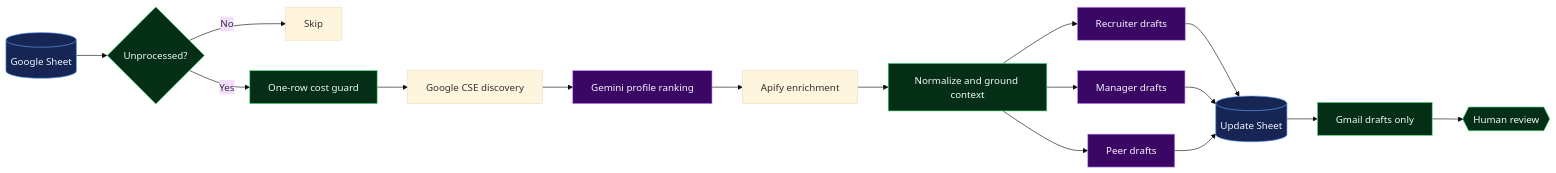
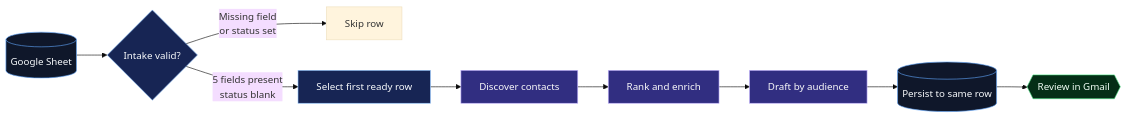
Before and after one commit to VikramKavuri/job-outreach-ops: the diagram in README.md, drawn with Mermaid (base theme). The commit also changed other lines of this file and 12 other files, not shown here.

````diff
--- a/README.md
+++ b/README.md
@@ -20,25 +26,21 @@
 ```mermaid
 flowchart LR
-    A[(Google Sheet)] --> B{Unprocessed?}
-    B -- No --> Z[Skip]
-    B -- Yes --> C[One-row cost guard]
-    C --> D[Google CSE discovery]
-    D --> E[Gemini profile ranking]
-    E --> F[Apify enrichment]
-    F --> G[Normalize and ground context]
-    G --> R[Recruiter drafts]
-    G --> M[Manager drafts]
-    G --> P[Peer drafts]
-    R --> H[(Update Sheet)]
-    M --> H
-    P --> H
-    H --> I[Gmail drafts only]
-    I --> J{{Human review}}
+    A[(Google Sheet)] --> B{Intake valid?}
+    B -- Missing field<br/>or status set --> X[Skip row]
+    B -- 5 fields present<br/>status blank --> C[Select first ready row]
+    C --> D[Discover contacts]
+    D --> E[Rank and enrich]
+    E --> F[Draft by audience]
+    F --> G[(Persist to same row)]
+    G --> H{{Review in Gmail}}
 
-    classDef source fill:#172554,stroke:#60a5fa,color:#eff6ff
-    classDef ai fill:#3b0764,stroke:#c084fc,color:#faf5ff
-    classDef safety fill:#052e16,stroke:#4ade80,color:#f0fdf4
-    class A,H source
-    class E,R,M,P ai
-    class B,C,G,I,J safety
+    classDef data fill:#0f172a,stroke:#60a5fa,color:#f8fafc
+    classDef gate fill:#172554,stroke:#93c5fd,color:#f8fafc
+    classDef work fill:#312e81,stroke:#c4b5fd,color:#fafafa
+    classDef safe fill:#052e16,stroke:#4ade80,color:#f0fdf4
+    class A,G data
+    class B,C gate
+    class D,E,F work
+    class H safe
+    class X fill:#292524,stroke:#a8a29e,color:#fafaf9
 ```
````
